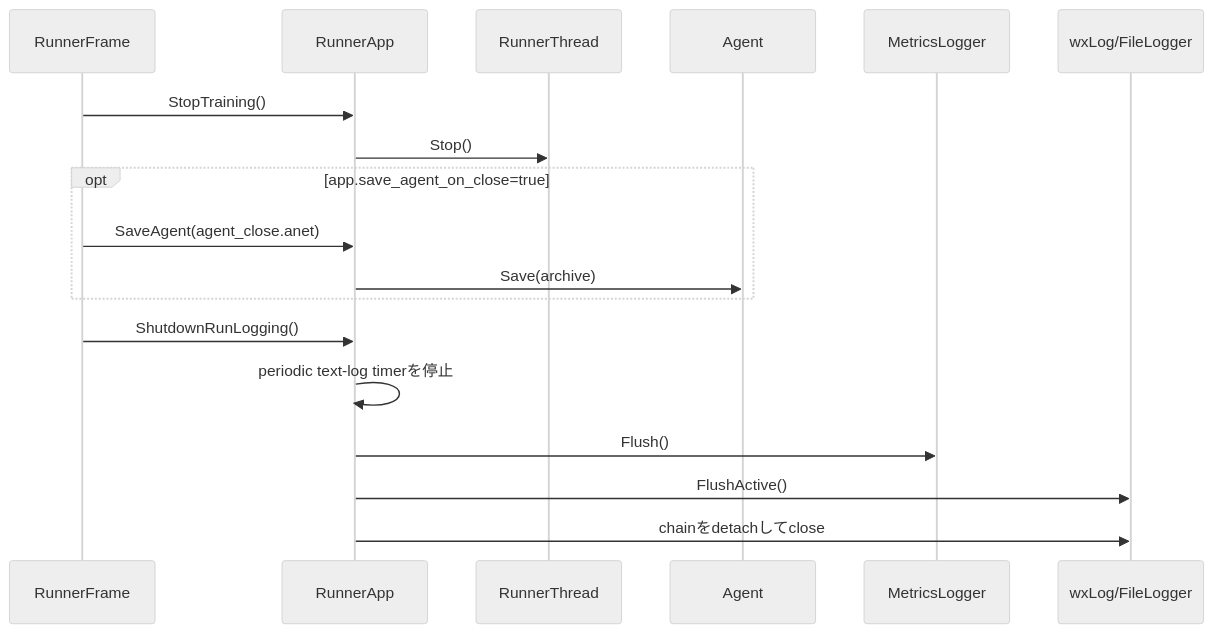
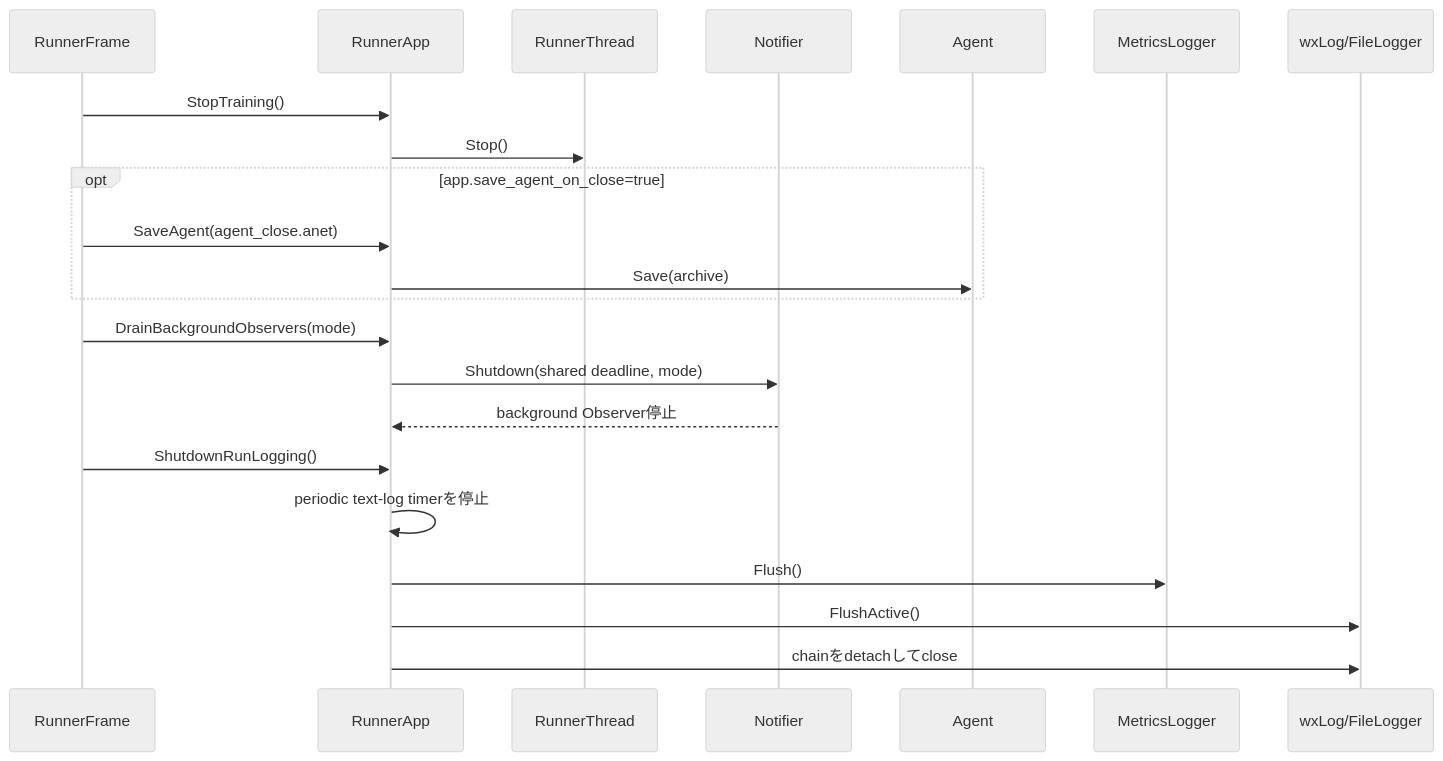
Before and after one commit to kazukin123/anet-lab: the third of 3 diagrams in docs/design/140_observability.jp.md, drawn with Mermaid (neutral theme). The commit also changed other lines of this file and 21 other files, not shown here.

````diff
--- a/docs/design/140_observability.jp.md
+++ b/docs/design/140_observability.jp.md
@@ -153,21 +153,25 @@
 ```mermaid
 sequenceDiagram
     participant UI as RunnerFrame
     participant A as RunnerApp
     participant T as RunnerThread
+    participant N as Notifier
     participant G as Agent
     participant M as MetricsLogger
     participant L as wxLog/FileLogger
 
     UI->>A: StopTraining()
     A->>T: Stop()
     opt app.save_agent_on_close=true
         UI->>A: SaveAgent(agent_close.anet)
         A->>G: Save(archive)
     end
+    UI->>A: DrainBackgroundObservers(mode)
+    A->>N: Shutdown(shared deadline, mode)
+    N-->>A: background Observer停止
     UI->>A: ShutdownRunLogging()
     A->>A: periodic text-log timerを停止
     A->>M: Flush()
     A->>L: FlushActive()
     A->>L: chainをdetachしてclose
 ```
````
